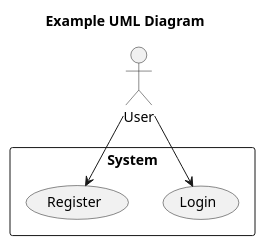
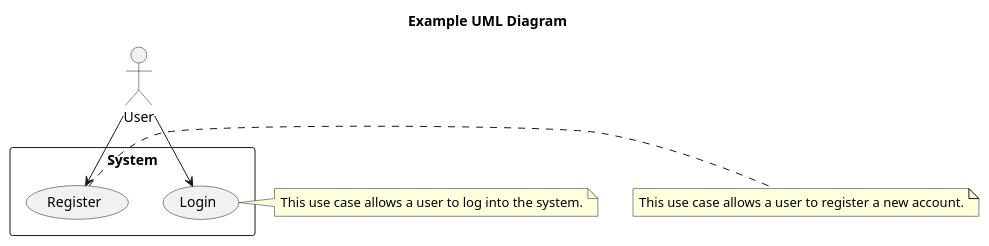
Before and after one commit to enriquelandaespes/mini_SNMP_agent_with_notifications: the diagram in mib_uml.wsd, drawn with PlantUML.

```diff
--- a/mib_uml.wsd
+++ b/mib_uml.wsd
@@ -1,11 +1,17 @@
 @startuml ExampleDiagram
 title Example UML Diagram
 
 actor User
 rectangle "System" {
   usecase "Login" as UC1
   usecase "Register" as UC2
 }
 User --> UC1
 User --> UC2
+note right of UC1
+  This use case allows a user to log into the system.
+end note
+note right of UC2
+  This use case allows a user to register a new account.
+end note
 @enduml
```
